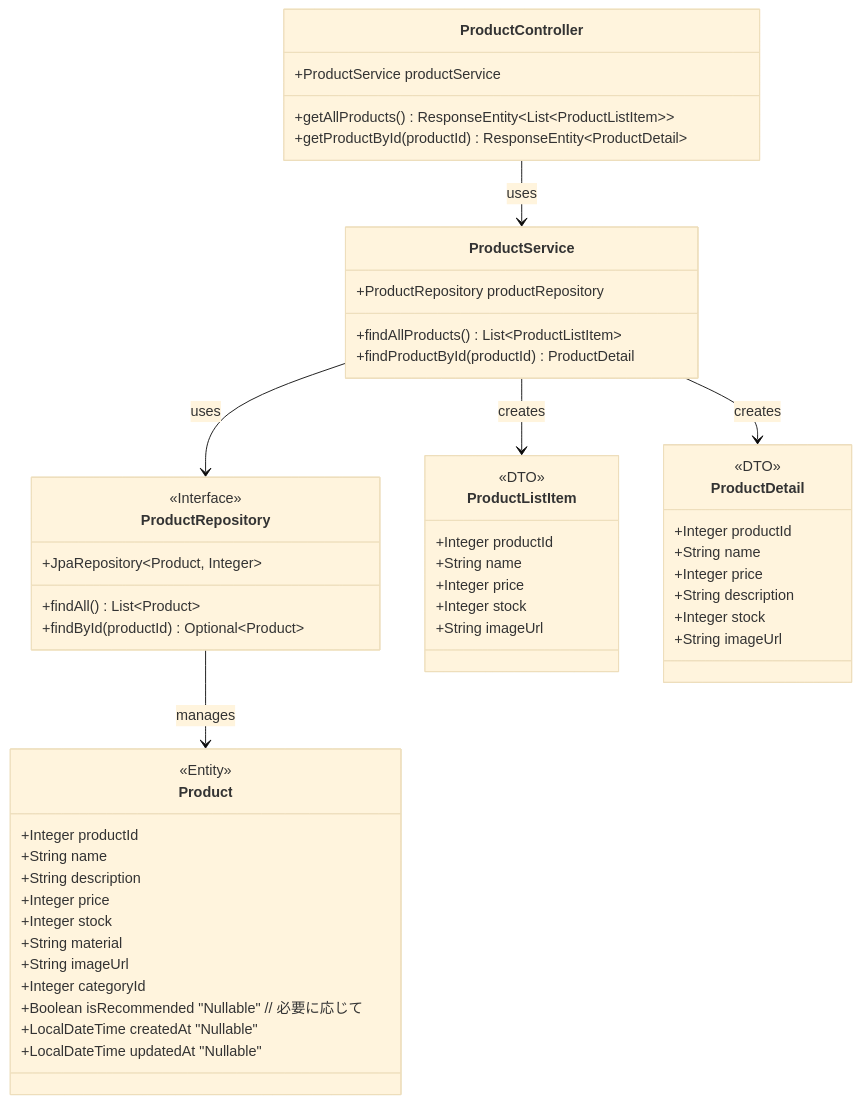
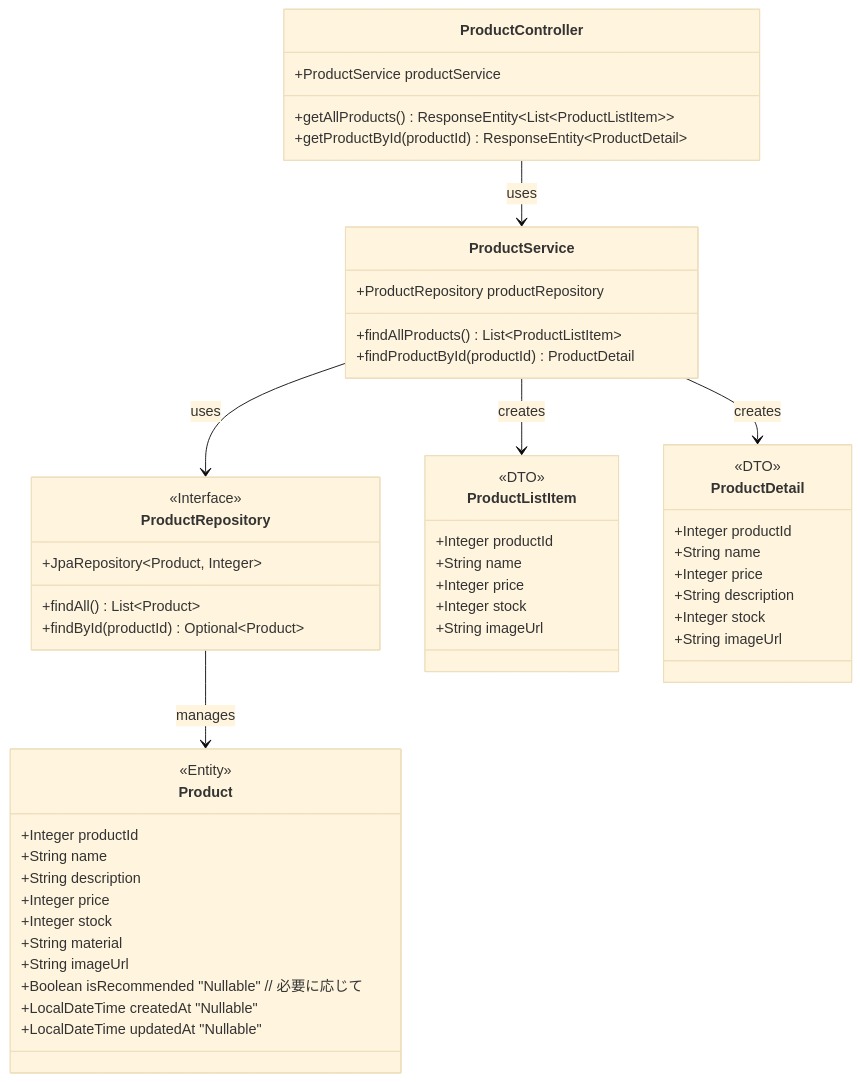
One commit to natsumiumeda/Jobs changed the eighth of 13 diagrams in 詳細設計/詳細設計書.md. Above: the diagram before and after it, drawn with Mermaid (base theme).

Commit message:
4-2-1 categoryId削除

```diff
--- a/詳細設計/詳細設計書.md
+++ b/詳細設計/詳細設計書.md
@@ -391,69 +391,68 @@
 <div class="mermaid">
 classDiagram
     %% Controller
     class ProductController {
         +ProductService productService
         +getAllProducts() ResponseEntity~List~ProductListItem~~
         +getProductById(productId) ResponseEntity~ProductDetail~
     }
 
     %% Service
     class ProductService {
         +ProductRepository productRepository
         +findAllProducts() List~ProductListItem~
         +findProductById(productId) ProductDetail
     }
 
     %% Repository
     class ProductRepository {
         <<Interface>>
         +JpaRepository~Product, Integer~
         +findAll() List~Product~
         +findById(productId) Optional~Product~
     }
 
     %% Entity
     class Product {
         <<Entity>>
         +Integer productId
         +String name
         +String description
         +Integer price
         +Integer stock
         +String material
         +String imageUrl
-        +Integer categoryId
-        
+          
         +Boolean isRecommended "Nullable" // 必要に応じて
         +LocalDateTime createdAt "Nullable"
         +LocalDateTime updatedAt "Nullable"
     }
 
     %% DTO
     class ProductListItem {
         <<DTO>>
         +Integer productId
         +String name
         +Integer price
         +Integer stock
         +String imageUrl
     }
 
     class ProductDetail {
         <<DTO>>
         +Integer productId
         +String name
         +Integer price
         +String description
         +Integer stock
         +String imageUrl
     }
 
     %% 関係
     ProductController --> ProductService : uses
     ProductService --> ProductRepository : uses
     ProductRepository --> Product : manages
     ProductService --> ProductListItem : creates
     ProductService --> ProductDetail : creates
 
 </div>
```
